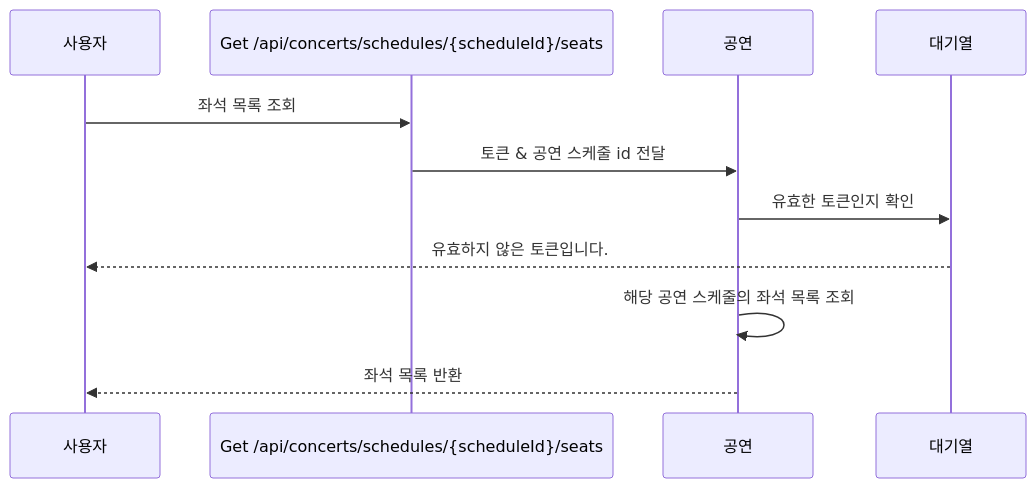
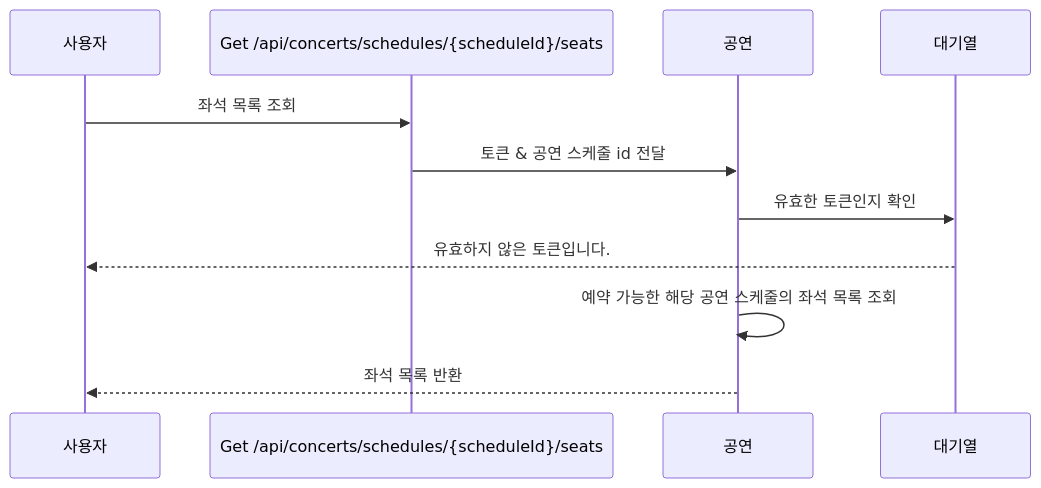
The sixth of 13 diagrams in README.md (Ksanbal/Concert-Reservation-API), drawn with Mermaid before and after one commit. The commit also changed other lines of this file and 31 other files, not shown here.

````diff
--- a/README.md
+++ b/README.md
@@ -129,12 +129,12 @@
 ```mermaid
 sequenceDiagram
 
 사용자 ->> Get /api/concerts/schedules/{scheduleId}/seats: 좌석 목록 조회
 Get /api/concerts/schedules/{scheduleId}/seats ->> 공연: 토큰 & 공연 스케줄 id 전달
 
 공연 ->> 대기열: 유효한 토큰인지 확인
 대기열 -->> 사용자: 유효하지 않은 토큰입니다.
 
-공연 ->> 공연: 해당 공연 스케줄의 좌석 목록 조회
+공연 ->> 공연: 예약 가능한 해당 공연 스케줄의 좌석 목록 조회
 공연 -->> 사용자: 좌석 목록 반환
 ```
````
